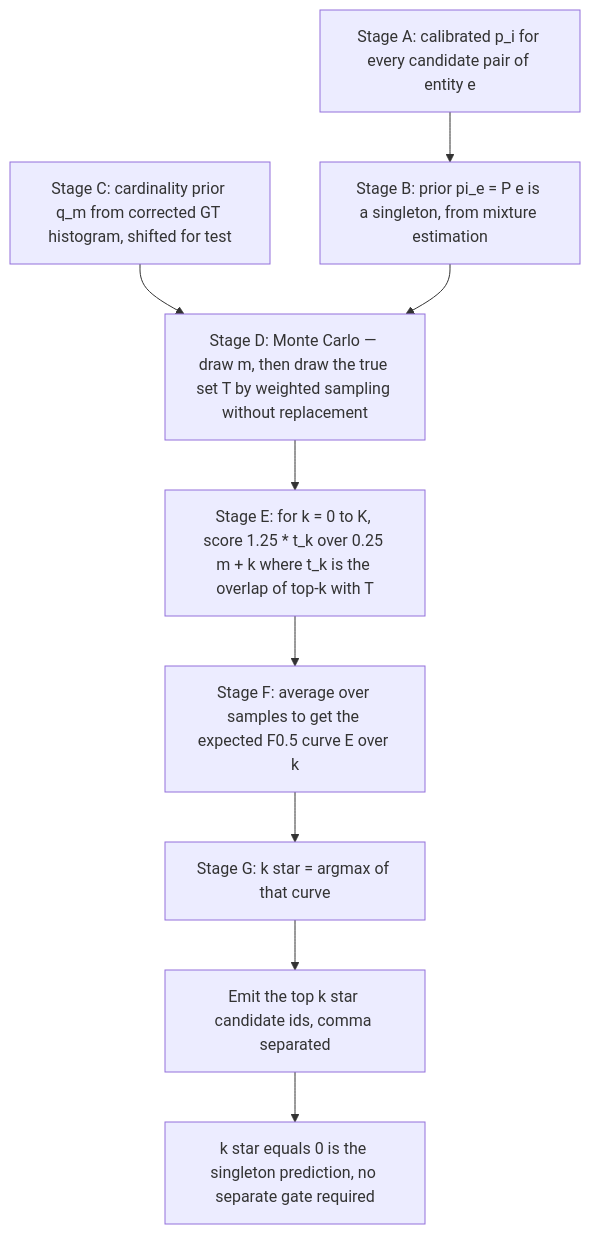
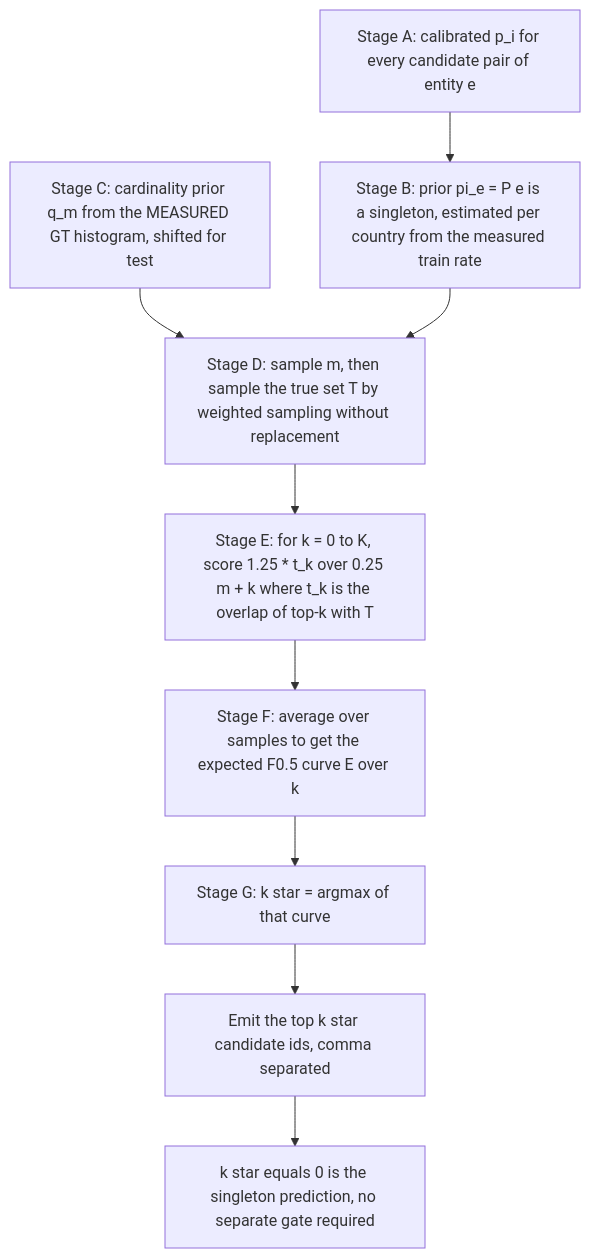
Before and after one commit to SoulBreaker9/Team-Diamond: the third of 7 diagrams in suggestion.md, drawn with Mermaid. The commit also changed other lines of this file and 30 other files, not shown here.

````diff
--- a/suggestion.md
+++ b/suggestion.md
@@ -144,11 +328,11 @@
 ```mermaid
 flowchart TD
-    A["Stage A: calibrated p_i for every candidate pair of entity e"] --> B["Stage B: prior pi_e = P e is a singleton, from mixture estimation"]
-    C["Stage C: cardinality prior q_m from corrected GT histogram, shifted for test"] --> D
-    B --> D["Stage D: Monte Carlo — draw m, then draw the true set T by weighted sampling without replacement"]
+    A["Stage A: calibrated p_i for every candidate pair of entity e"] --> B["Stage B: prior pi_e = P e is a singleton, estimated per country from the measured train rate"]
+    C["Stage C: cardinality prior q_m from the MEASURED GT histogram, shifted for test"] --> D
+    B --> D["Stage D: sample m, then sample the true set T by weighted sampling without replacement"]
     D --> E["Stage E: for k = 0 to K, score 1.25 * t_k over 0.25 m + k where t_k is the overlap of top-k with T"]
     E --> F["Stage F: average over samples to get the expected F0.5 curve E over k"]
     F --> G["Stage G: k star = argmax of that curve"]
     G --> H["Emit the top k star candidate ids, comma separated"]
     H --> I["k star equals 0 is the singleton prediction, no separate gate required"]
 ```
````
